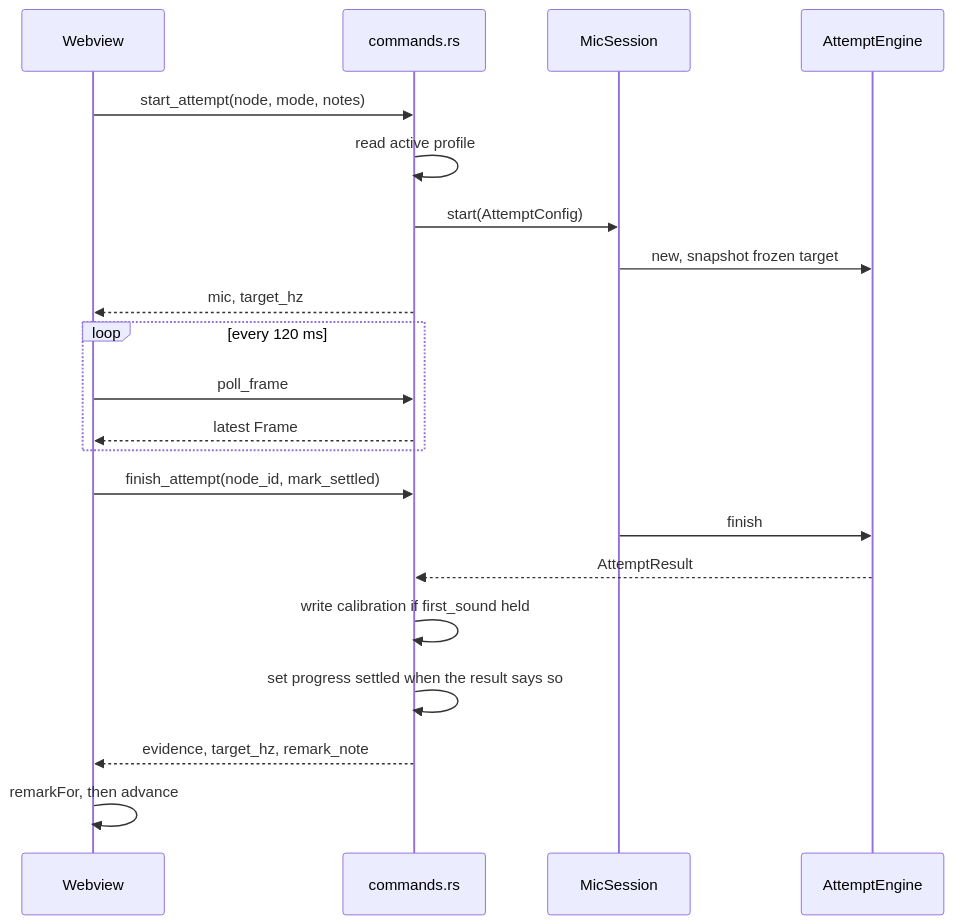
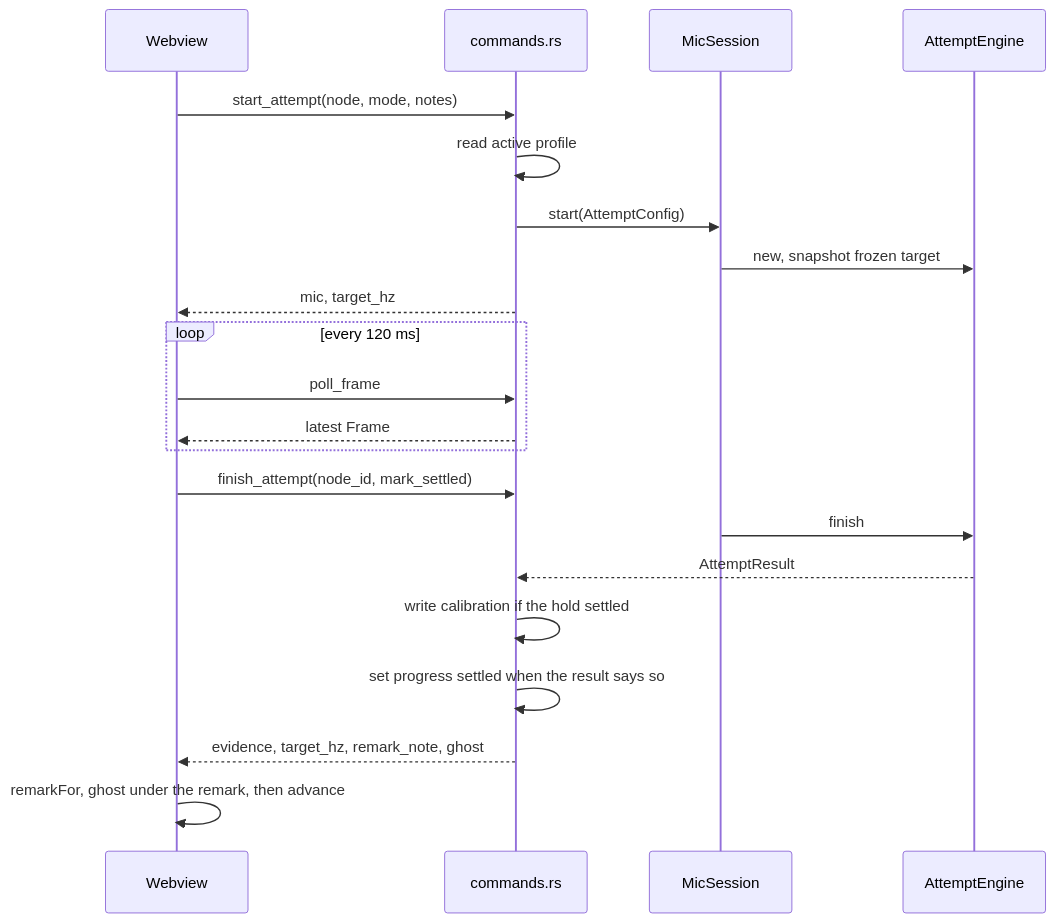
One commit to glen-w/lowDee changed the fifth of 7 diagrams in ARCHITECTURE.md. Above: the diagram before and after it, drawn with Mermaid. The commit also changed other lines of this file and 30 other files, not shown here.

````diff
--- a/ARCHITECTURE.md
+++ b/ARCHITECTURE.md
@@ -204,24 +222,24 @@
 ```mermaid
 sequenceDiagram
   participant UI as Webview
   participant Cmd as commands.rs
   participant Mic as MicSession
   participant Eng as AttemptEngine
 
   UI->>Cmd: start_attempt(node, mode, notes)
   Cmd->>Cmd: read active profile
   Cmd->>Mic: start(AttemptConfig)
   Mic->>Eng: new, snapshot frozen target
   Cmd-->>UI: mic, target_hz
   loop every 120 ms
     UI->>Cmd: poll_frame
     Cmd-->>UI: latest Frame
   end
   UI->>Cmd: finish_attempt(node_id, mark_settled)
   Mic->>Eng: finish
   Eng-->>Cmd: AttemptResult
-  Cmd->>Cmd: write calibration if first_sound held
+  Cmd->>Cmd: write calibration if the hold settled
   Cmd->>Cmd: set progress settled when the result says so
-  Cmd-->>UI: evidence, target_hz, remark_note
-  UI->>UI: remarkFor, then advance
+  Cmd-->>UI: evidence, target_hz, remark_note, ghost
+  UI->>UI: remarkFor, ghost under the remark, then advance
 ```
````
